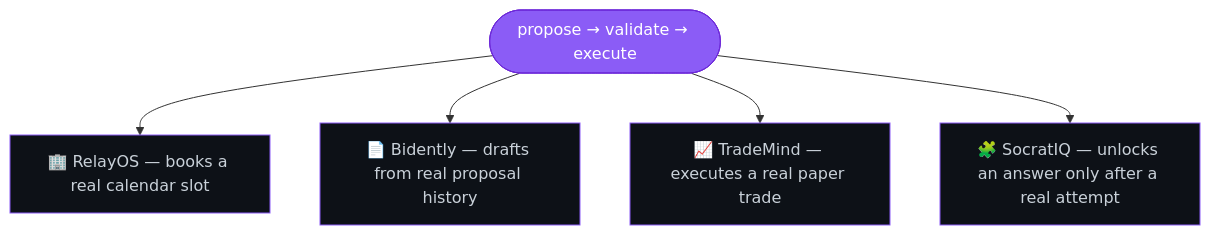
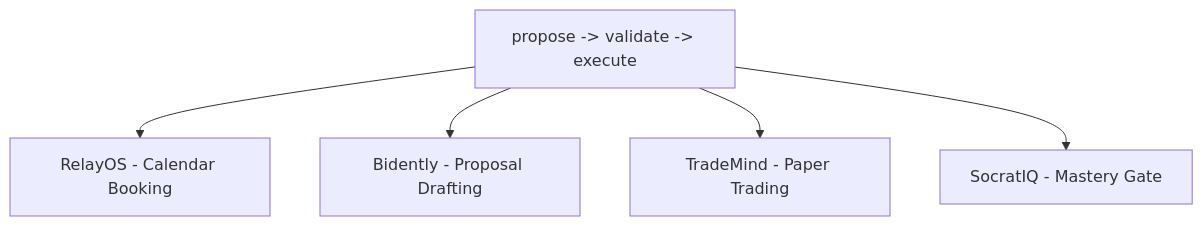
Before and after one commit to MuhammadBilal561/MuhammadBilal561: the second of 3 diagrams in README.md, drawn with Mermaid. The commit also changed other lines of this file, not shown here.

````diff
--- a/README.md
+++ b/README.md
@@ -34,11 +34,11 @@
 ```mermaid
 flowchart TD
-    P(["propose → validate → execute"]):::core
-    P --> R["🏢 RelayOS — books a real calendar slot"]:::proof
-    P --> Bi["📄 Bidently — drafts from real proposal history"]:::proof
-    P --> T["📈 TradeMind — executes a real paper trade"]:::proof
-    P --> S["🧩 SocratIQ — unlocks an answer only after a real attempt"]:::proof
+    P[propose -> validate -> execute]
+    P --> R[RelayOS - Calendar Booking]
+    P --> Bi[Bidently - Proposal Drafting]
+    P --> T[TradeMind - Paper Trading]
+    P --> S[SocratIQ - Mastery Gate]
 
     classDef core fill:#8B5CF6,stroke:#6D28D9,color:#fff
     classDef proof fill:#0D1117,stroke:#8B5CF6,color:#C9D1D9
 ```
````
